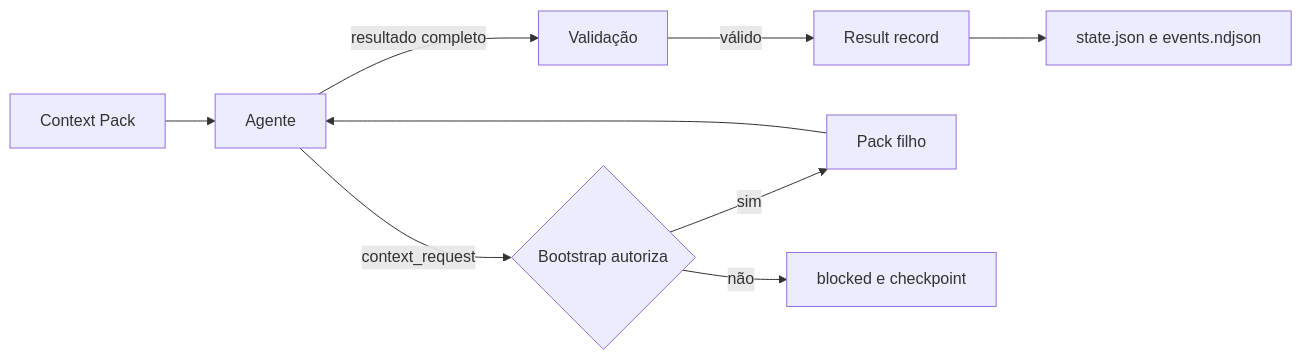
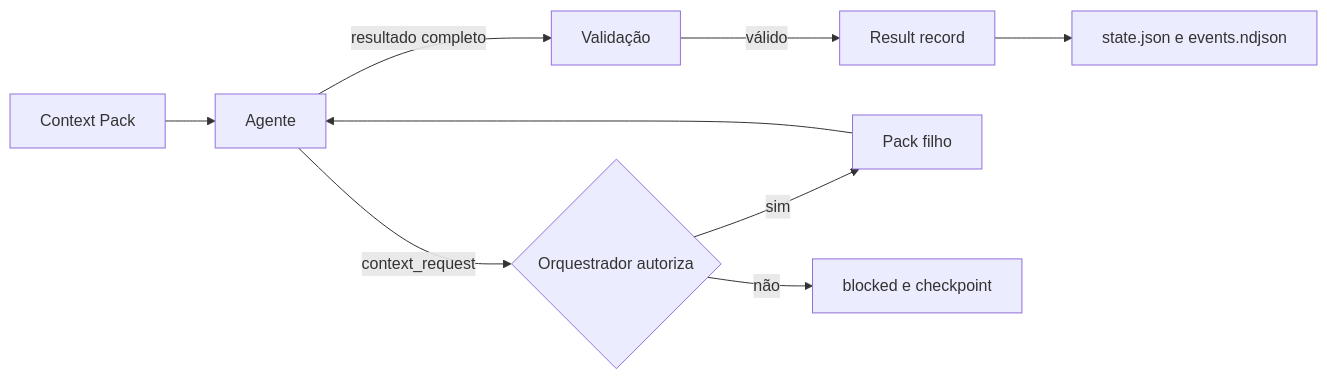
The third of 4 diagrams in docs/PIPELINE.md (fellipemauriciosilva/sdd-toolkit), drawn with Mermaid before and after one commit. The commit also changed other lines of this file and 169 other files, not shown here.

````diff
--- a/docs/PIPELINE.md
+++ b/docs/PIPELINE.md
@@ -77,11 +77,11 @@
 ```mermaid
 flowchart LR
     P[Context Pack] --> A[Agente]
     A -->|resultado completo| V[Validação]
     V -->|válido| R[Result record]
     R --> S[state.json e events.ndjson]
-    A -->|context_request| X{Bootstrap autoriza}
+    A -->|context_request| X{Orquestrador autoriza}
     X -->|sim| C[Pack filho]
     C --> A
     X -->|não| B[blocked e checkpoint]
 ```
````
